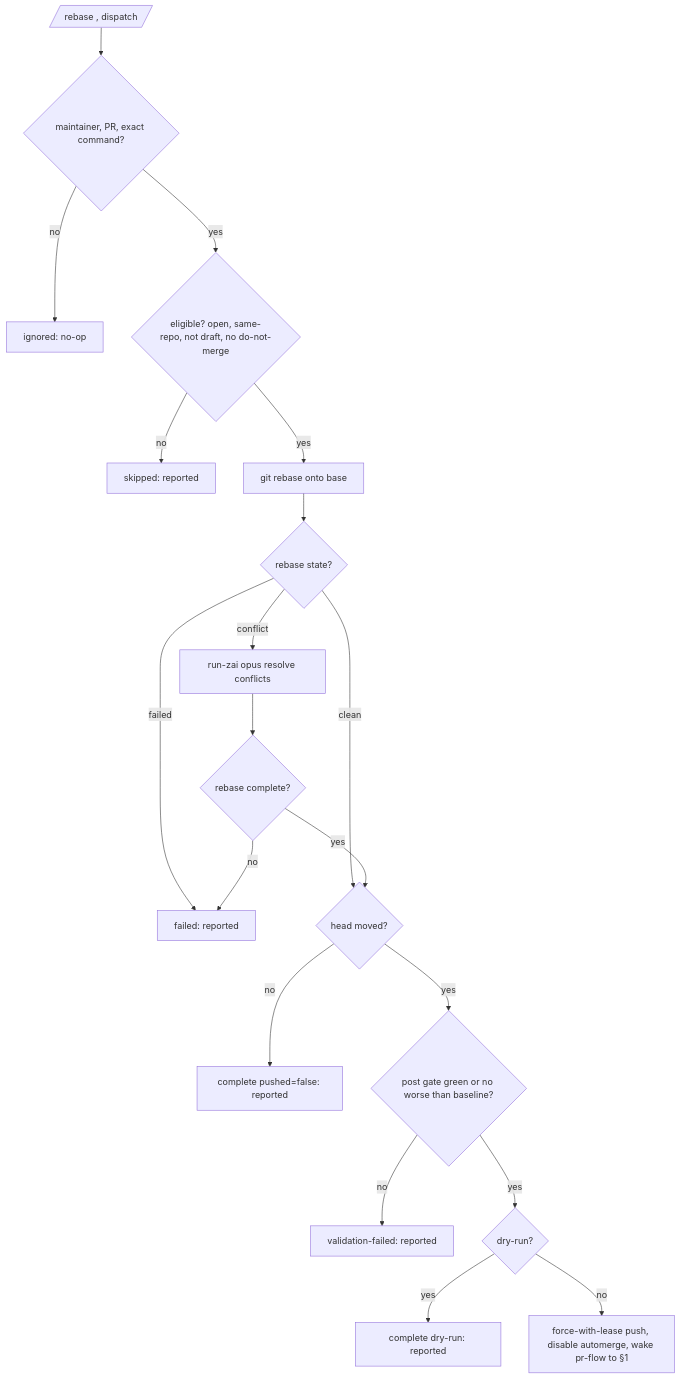
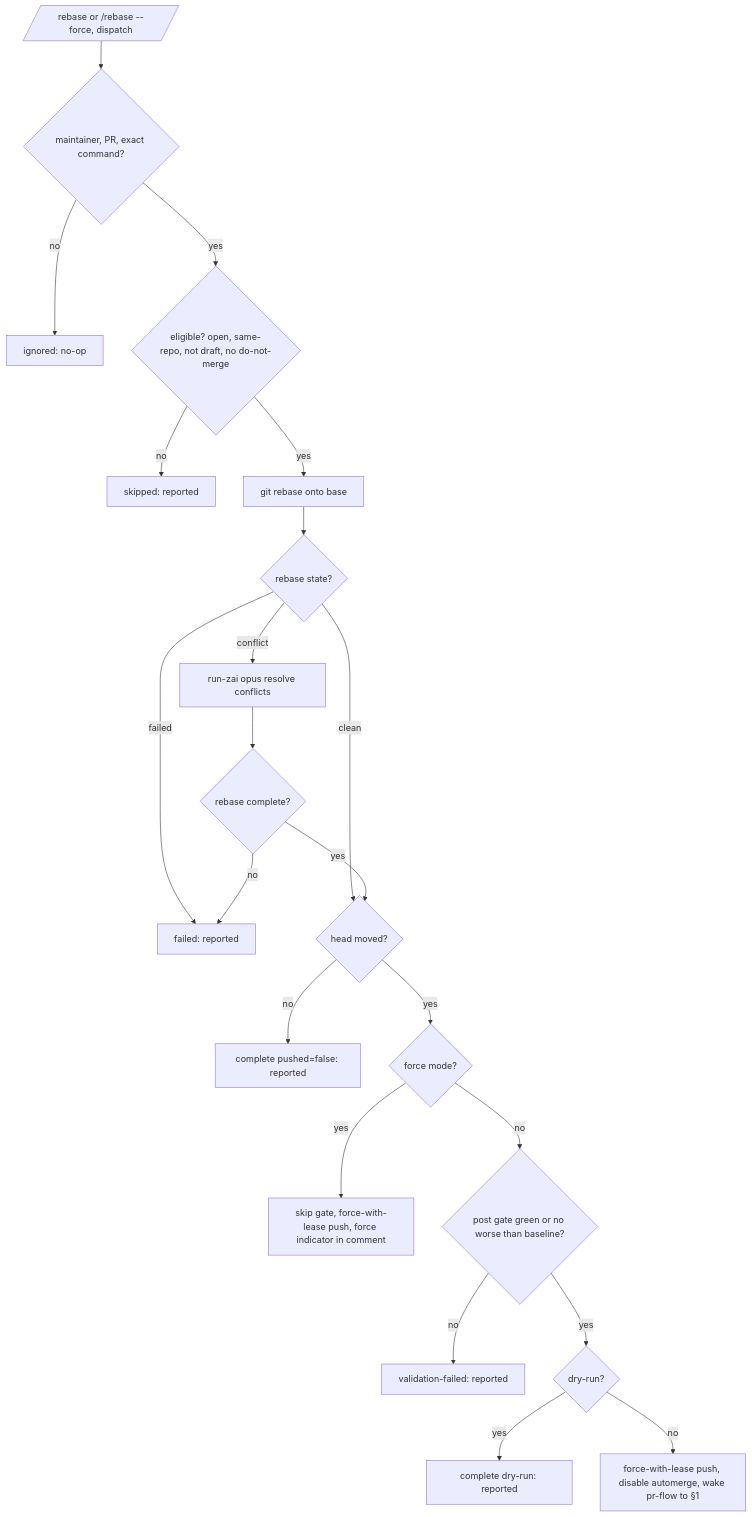
The ninth of 11 diagrams in docs/workflow-e2e-scenarios.md (kostua16/amnezia-control-panel), drawn with Mermaid before and after one commit. The commit also changed other lines of this file and 4 other files, not shown here.

````diff
--- a/docs/workflow-e2e-scenarios.md
+++ b/docs/workflow-e2e-scenarios.md
@@ -379,21 +379,23 @@
 ```mermaid
 flowchart TD
-  R[/rebase , dispatch/] --> G{maintainer, PR, exact command?}
+  R[/rebase or /rebase --force, dispatch/] --> G{maintainer, PR, exact command?}
   G -->|no| IG[ignored: no-op]
   G -->|yes| E{eligible? open, same-repo, not draft, no do-not-merge}
   E -->|no| SK[skipped: reported]
   E -->|yes| RB[git rebase onto base]
   RB --> S{rebase state?}
   S -->|conflict| ZAI[run-zai opus resolve conflicts]
   S -->|failed| FL[failed: reported]
   ZAI --> V2{rebase complete?}
   V2 -->|no| FL
   S -->|clean| M{head moved?}
   V2 -->|yes| M
   M -->|no| NO[complete pushed=false: reported]
-  M -->|yes| V{post gate green or no worse than baseline?}
+  M -->|yes| FRC{force mode?}
+  FRC -->|yes| FW[skip gate, force-with-lease push, force indicator in comment]
+  FRC -->|no| V{post gate green or no worse than baseline?}
   V -->|no| VF[validation-failed: reported]
   V -->|yes| P{dry-run?}
   P -->|yes| DR[complete dry-run: reported]
-  P -->|no| FW[force-with-lease push, disable automerge, wake pr-flow to §1]
+  P -->|no| FW2[force-with-lease push, disable automerge, wake pr-flow to §1]
 ```
````
